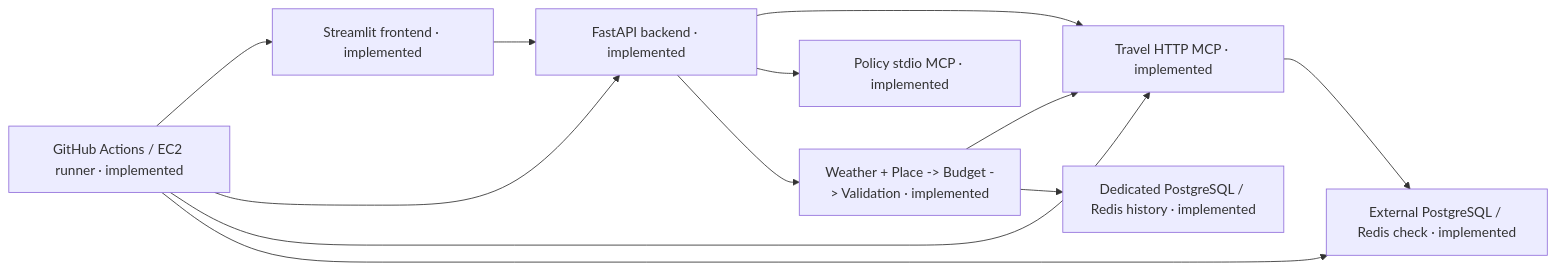
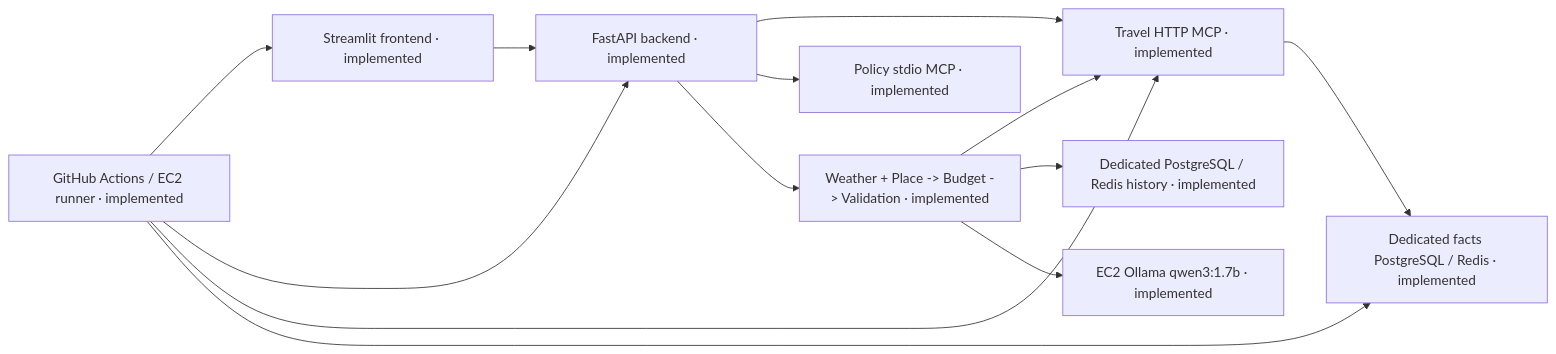
Before and after one commit to Lui02372/mini_agent_03_mcp: the diagram in docs/codevisualization/architecture.mmd, drawn with Mermaid. The commit also changed 24 other files, not shown here.

Commit message:
Use sourced dedicated facts and real EC2 Ollama inference in production

```diff
--- a/docs/codevisualization/architecture.mmd
+++ b/docs/codevisualization/architecture.mmd
@@ -1,20 +1,22 @@
 flowchart LR
  a0["Streamlit frontend · implemented"]
  a1["FastAPI backend · implemented"]
  a2["Travel HTTP MCP · implemented"]
  a3["Policy stdio MCP · implemented"]
  a4["GitHub Actions / EC2 runner · implemented"]
- a5["External PostgreSQL / Redis check · implemented"]
+ a5["Dedicated facts PostgreSQL / Redis · implemented"]
  a6["Weather + Place -> Budget -> Validation · implemented"]
  a7["Dedicated PostgreSQL / Redis history · implemented"]
+ a8["EC2 Ollama qwen3:1.7b · implemented"]
  a0 --> a1
  a1 --> a2
  a1 --> a3
  a4 --> a0
  a4 --> a1
  a4 --> a2
  a4 --> a5
  a1 --> a6
  a6 --> a2
  a2 --> a5
  a6 --> a7
+ a6 --> a8
```
